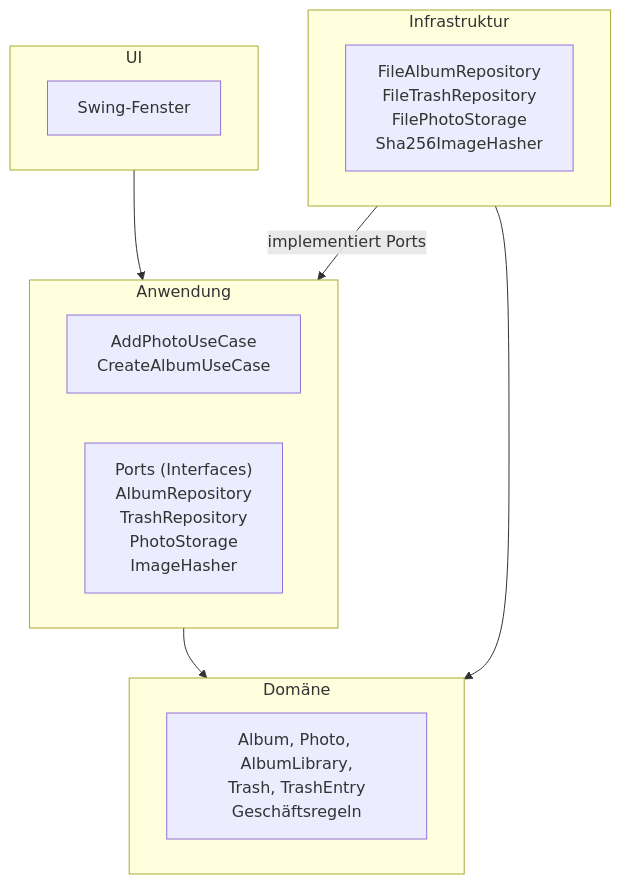
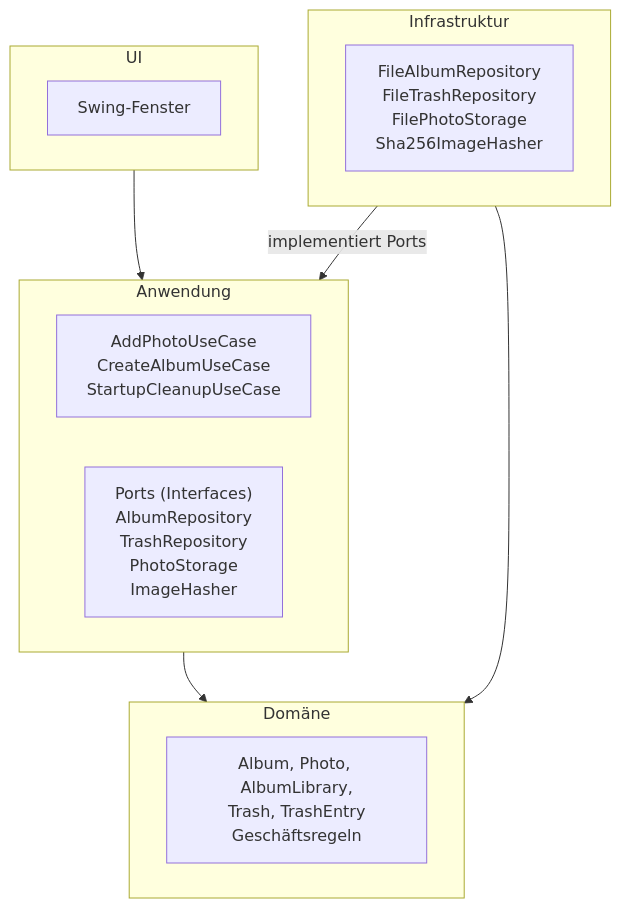
The diagram in ARCHITECTURE.md (felix-henry/photo-album-projekt), drawn with Mermaid before and after one commit. The commit also changed other lines of this file and 7 other files, not shown here.

````diff
--- a/ARCHITECTURE.md
+++ b/ARCHITECTURE.md
@@ -7,20 +7,20 @@
 ```mermaid
 flowchart TB
     subgraph UI["UI"]
         ui["Swing-Fenster"]
     end
     subgraph INFRA["Infrastruktur"]
         infra["FileAlbumRepository<br/>FileTrashRepository<br/>FilePhotoStorage<br/>Sha256ImageHasher"]
     end
     subgraph APP["Anwendung"]
-        uc["AddPhotoUseCase<br/>CreateAlbumUseCase"]
+        uc["AddPhotoUseCase<br/>CreateAlbumUseCase<br/>StartupCleanupUseCase"]
         ports["Ports (Interfaces)<br/>AlbumRepository<br/>TrashRepository<br/>PhotoStorage<br/>ImageHasher"]
     end
     subgraph DOM["Domäne"]
         dom["Album, Photo, AlbumLibrary,<br/>Trash, TrashEntry<br/>Geschäftsregeln"]
     end
     UI --> APP
     INFRA -- implementiert Ports --> APP
     APP --> DOM
     INFRA --> DOM
 ```
````
